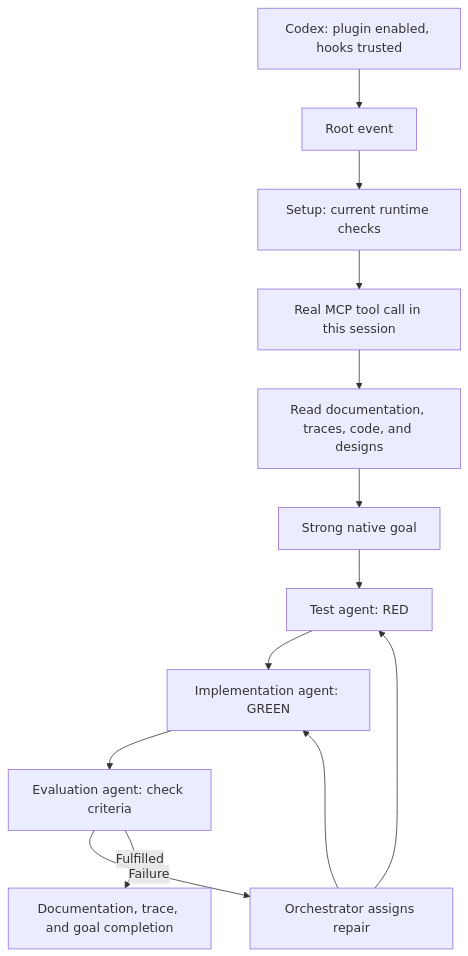
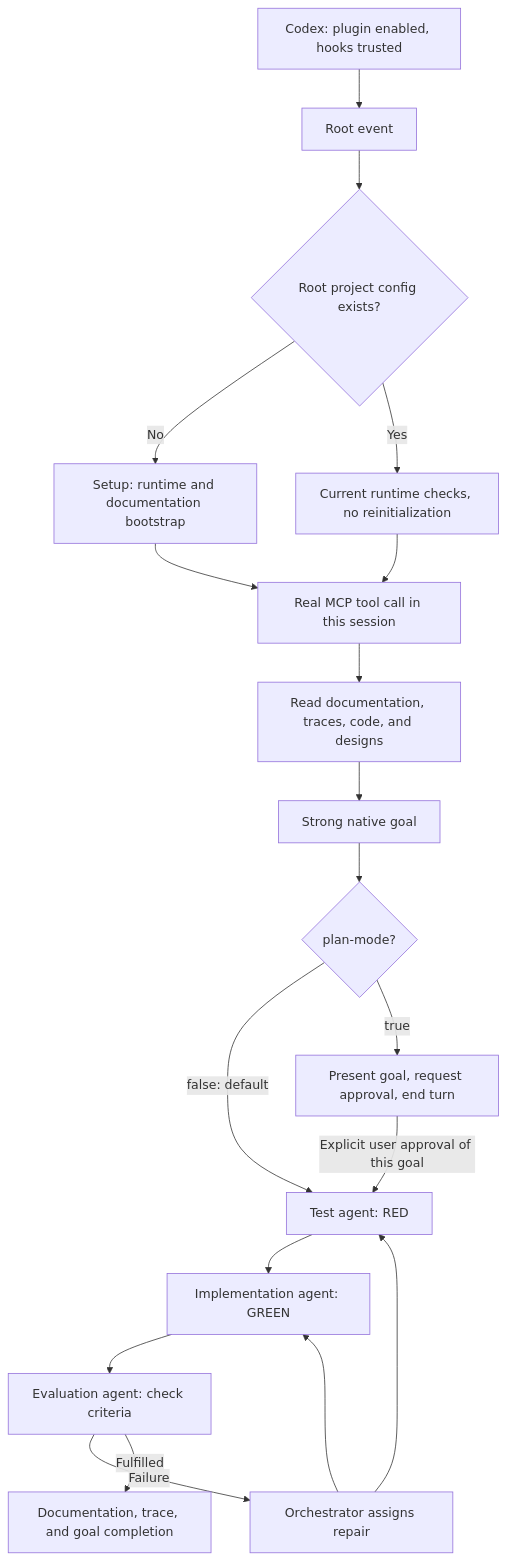
The diagram in docs/PRODUKT-ONBOARDING.md (Chris-1337/KISS-Chris-Stack), drawn with Mermaid before and after one commit. The commit also changed other lines of this file and 21 other files, not shown here.

Commit message:
feat: add goal approval and consent-first setup

````diff
--- a/docs/PRODUKT-ONBOARDING.md
+++ b/docs/PRODUKT-ONBOARDING.md
@@ -17,15 +17,21 @@
 ```mermaid
 flowchart TD
     H[Codex: plugin enabled, hooks trusted] --> E[Root event]
-    E --> S[Setup: current runtime checks]
+    E --> P{Root project config exists?}
+    P -->|No| S[Setup: runtime and documentation bootstrap]
+    P -->|Yes| R[Current runtime checks, no reinitialization]
+    R --> M
     S --> M[Real MCP tool call in this session]
     M --> C[Read documentation, traces, code, and designs]
     C --> G[Strong native goal]
-    G --> T[Test agent: RED]
+    G --> PMode{plan-mode?}
+    PMode -->|false: default| T[Test agent: RED]
+    PMode -->|true| A[Present goal, request approval, end turn]
+    A -->|Explicit user approval of this goal| T
     T --> I[Implementation agent: GREEN]
     I --> V[Evaluation agent: check criteria]
     V -->|Failure| O[Orchestrator assigns repair]
     O --> T
     O --> I
     V -->|Fulfilled| D[Documentation, trace, and goal completion]
 ```
````
